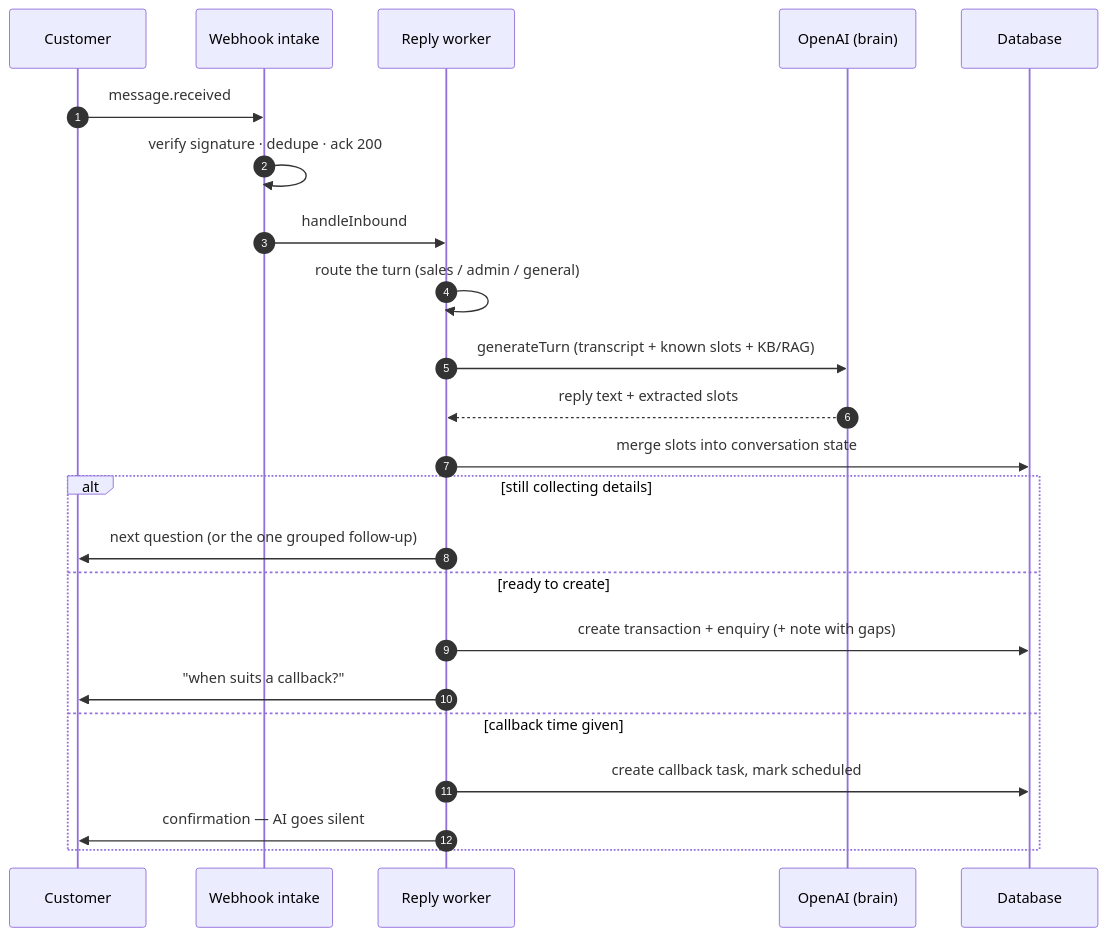
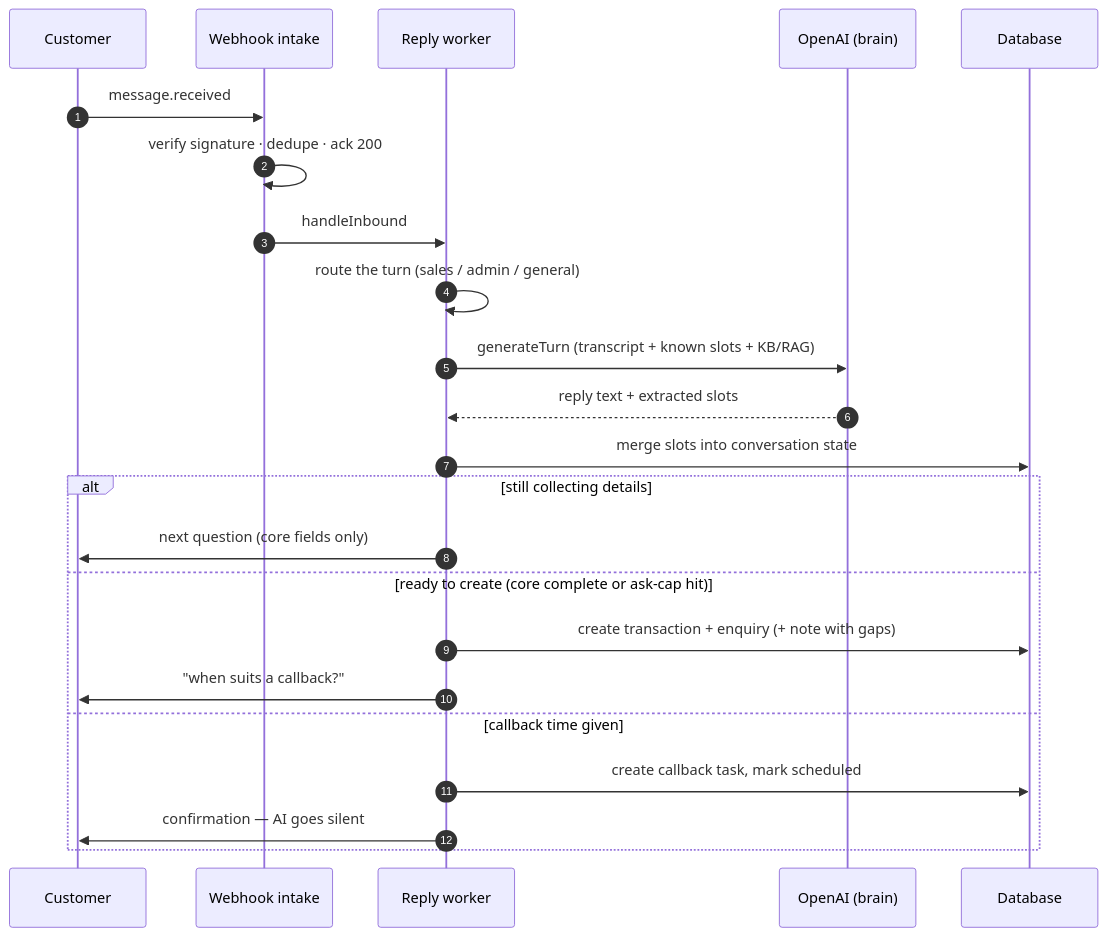
The seventh of 7 diagrams in docs/ai-architecture.md (Jhay1413/travana-V2), drawn with Mermaid before and after one commit. The commit also changed other lines of this file and 39 other files, not shown here.

````diff
--- a/docs/ai-architecture.md
+++ b/docs/ai-architecture.md
@@ -336,26 +440,26 @@
 ```mermaid
 sequenceDiagram
     autonumber
     participant C as Customer
     participant W as Webhook intake
     participant R as Reply worker
     participant AI as OpenAI (brain)
     participant DB as Database
 
     C->>W: message.received
     W->>W: verify signature · dedupe · ack 200
     W->>R: handleInbound
     R->>R: route the turn (sales / admin / general)
     R->>AI: generateTurn (transcript + known slots + KB/RAG)
     AI-->>R: reply text + extracted slots
     R->>DB: merge slots into conversation state
     alt still collecting details
-        R->>C: next question (or the one grouped follow-up)
-    else ready to create
+        R->>C: next question (core fields only)
+    else ready to create (core complete or ask-cap hit)
         R->>DB: create transaction + enquiry (+ note with gaps)
         R->>C: "when suits a callback?"
     else callback time given
         R->>DB: create callback task, mark scheduled
         R->>C: confirmation — AI goes silent
     end
 ```
````
